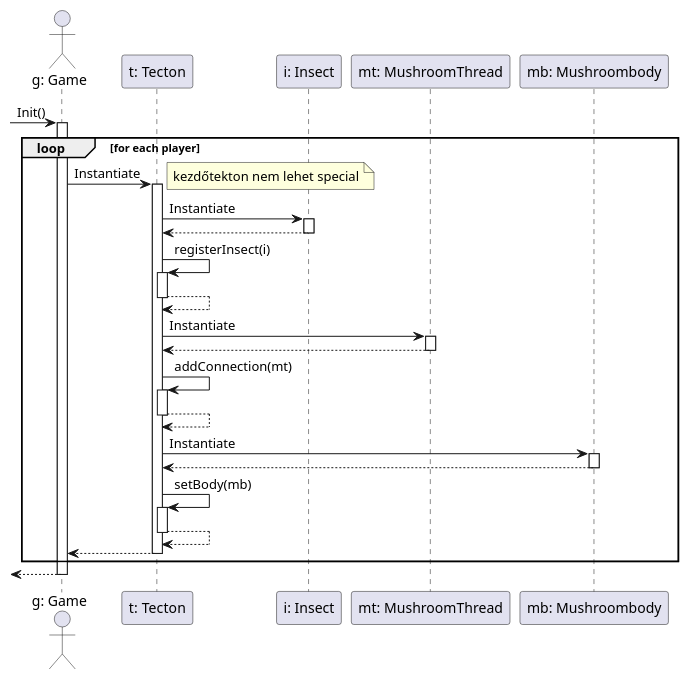
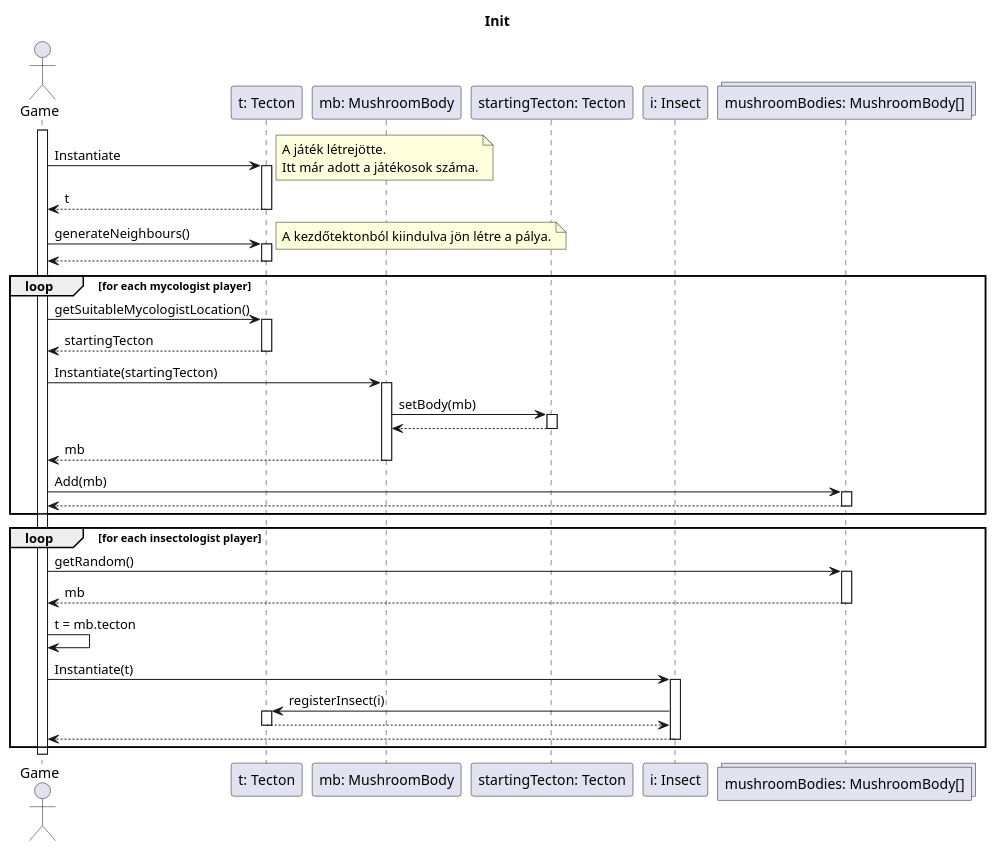
Before and after one commit to dzsem/projlab: the diagram in diagrams/sequence/game/init.plantuml, drawn with PlantUML.

Commit message:
Init rework

```diff
--- a/diagrams/sequence/game/init.plantuml
+++ b/diagrams/sequence/game/init.plantuml
@@ -1,55 +1,78 @@
 @startuml init
 
-actor "g: Game" as g
+title Init
+
+actor "Game" as g
 participant "t: Tecton" as t
+participant "mb: MushroomBody" as mb
+participant "startingTecton: Tecton" as st
 participant "i: Insect" as i
-participant "mt: MushroomThread" as mt
-participant "mb: Mushroombody" as mb
+collections "mushroomBodies: MushroomBody[]" as mbs
 
--> g: Init()
 activate g
 
-loop for each player
+g -> t: Instantiate
+note right: A játék létrejötte.\nItt már adott a játékosok száma.
+activate t
 
-g->t: Instantiate 
-activate t
-note right: kezdőtekton nem lehet special
-
-t->i: Instantiate
-activate i
-i-->t
-deactivate i
-
-t->t: registerInsect(i)
-activate t
-t-->t
+g <-- t: t
 deactivate t
 
-t->mt: Instantiate
-activate mt
-mt-->t
-deactivate mt
+g -> t: generateNeighbours()
+note right: A kezdőtektonból kiindulva jön létre a pálya.
+activate t
 
-t->t: addConnection(mt)
-activate t
-t-->t
+g <-- t
 deactivate t
 
-t->mb: Instantiate
-activate mb
-mb-->t
-deactivate mb
+loop for each mycologist player
+	g -> t: getSuitableMycologistLocation()
 
-t->t: setBody(mb)
-activate t
-t-->t
-deactivate t
+	activate t
 
-t-->g
-deactivate t
+	g <-- t: startingTecton
+	deactivate t
 
+	g -> mb: Instantiate(startingTecton)
+	activate mb
+
+	mb -> st: setBody(mb)
+	activate st
+
+	mb <-- st
+	deactivate st
+
+	g <-- mb: mb
+	deactivate mb
+
+	g -> mbs: Add(mb)
+	activate mbs
+
+	g <-- mbs
+	deactivate mbs
 end
 
-<--g
+loop for each insectologist player
+	g -> mbs: getRandom()
+	activate mbs
+
+	g <-- mbs: mb
+	deactivate mbs
+
+	g -> g: t = mb.tecton
+
+	g -> i: Instantiate(t)
+	activate i
+
+	i -> t: registerInsect(i)
+	activate t
+	
+	i <-- t
+	deactivate t
+
+	g <-- i
+	deactivate i
+end
+
 deactivate g
 @enduml
```
